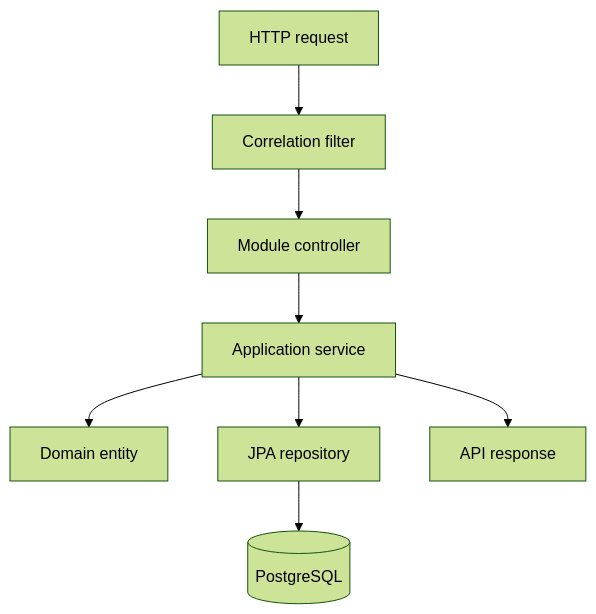
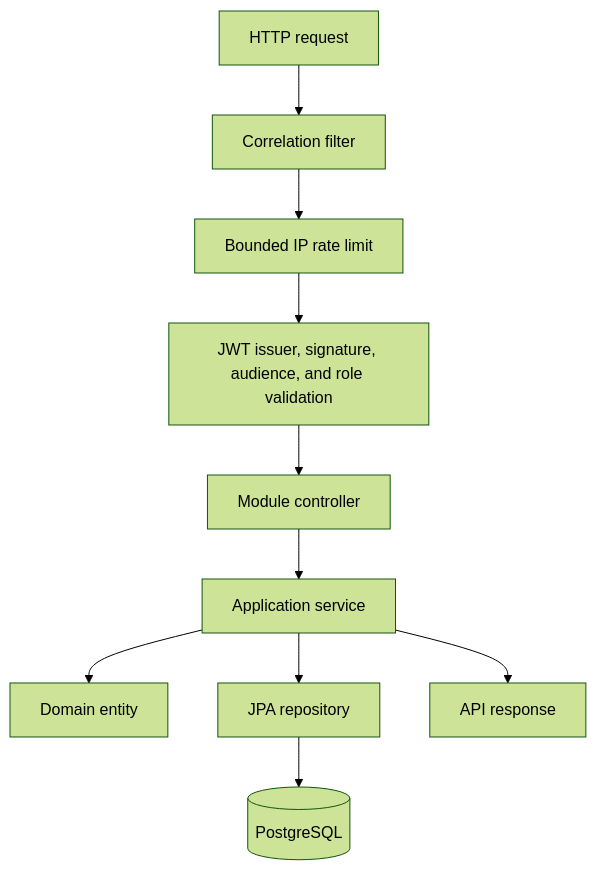
One commit to ahmadkadri978/rheinops-platform changed the first of 2 diagrams in docs/architecture.md. Above: the diagram before and after it, drawn with Mermaid (forest theme). The commit also changed other lines of this file and 40 other files, not shown here.

````diff
--- a/docs/architecture.md
+++ b/docs/architecture.md
@@ -11,10 +11,12 @@
 ```mermaid
 flowchart TD
     Request[HTTP request] --> Correlation[Correlation filter]
-    Correlation --> Controller[Module controller]
+    Correlation --> Limit[Bounded IP rate limit]
+    Limit --> JWT[JWT issuer, signature, audience, and role validation]
+    JWT --> Controller[Module controller]
     Controller --> Application[Application service]
     Application --> Domain[Domain entity]
     Application --> Repository[JPA repository]
     Repository --> PostgreSQL[(PostgreSQL)]
     Application --> Response[API response]
 ```
````
